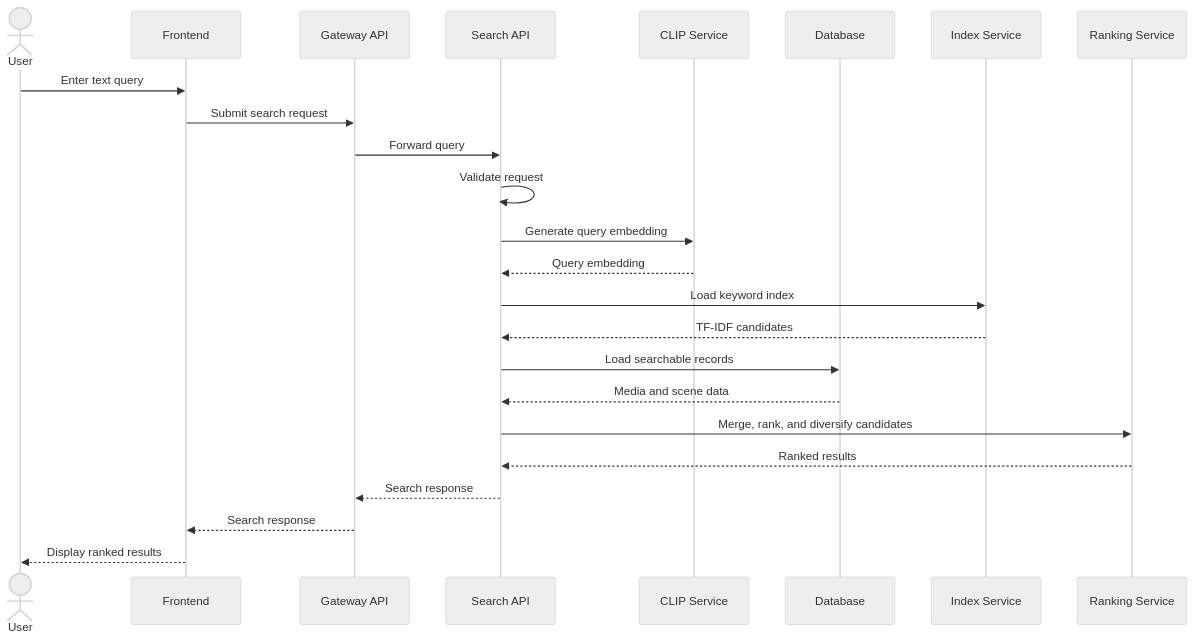
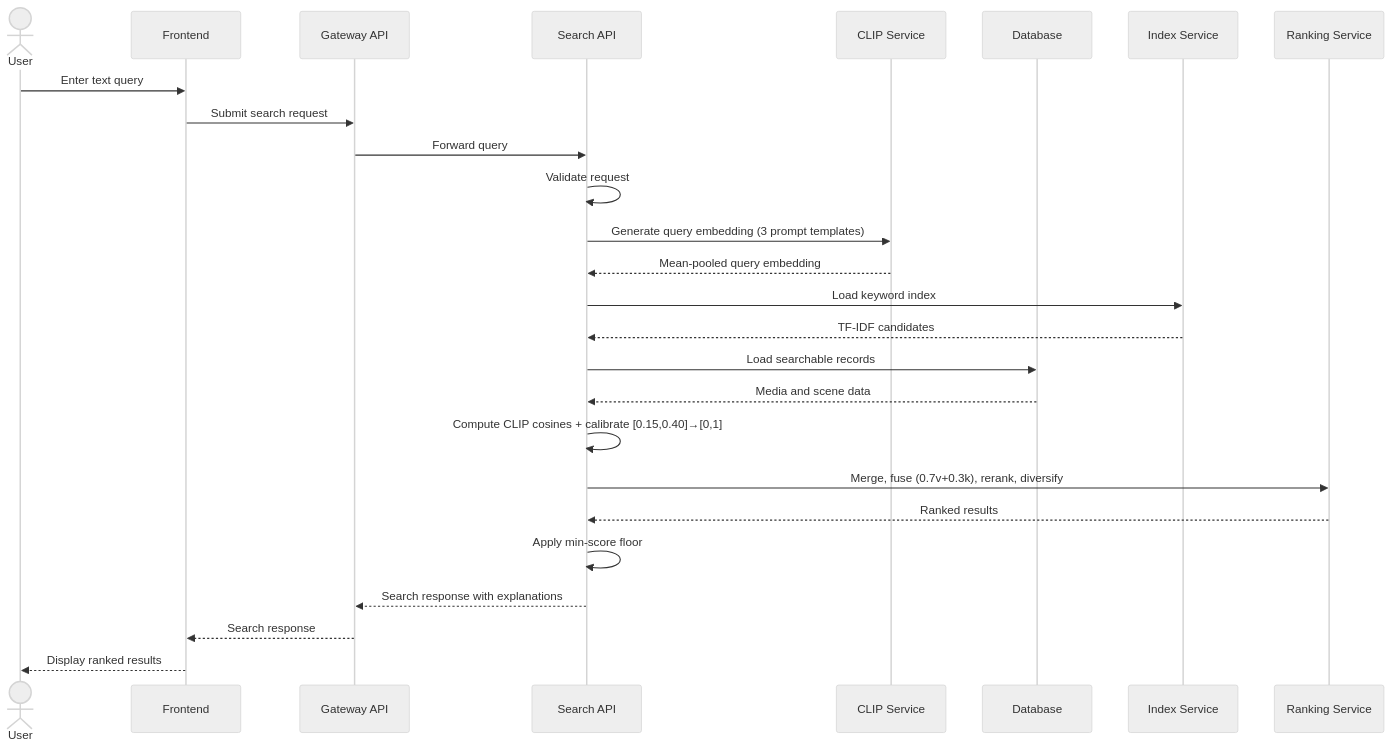
One commit to pho-veteran/semedia changed diagram 12 of 19 in docs/college-reports/semedia-final-project-report-draft.md. Above: the diagram before and after it, drawn with Mermaid (neutral theme). The commit also changed other lines of this file and 13 other files, not shown here.

````diff
--- a/docs/college-reports/semedia-final-project-report-draft.md
+++ b/docs/college-reports/semedia-final-project-report-draft.md
@@ -750,27 +809,29 @@
 ```mermaid
 sequenceDiagram
     actor User
     participant Frontend
     participant Gateway as Gateway API
     participant Search as Search API
     participant CLIP as CLIP Service
     participant DB as Database
     participant Index as Index Service
     participant Rank as Ranking Service
 
     User->>Frontend: Enter text query
     Frontend->>Gateway: Submit search request
     Gateway->>Search: Forward query
     Search->>Search: Validate request
-    Search->>CLIP: Generate query embedding
-    CLIP-->>Search: Query embedding
+    Search->>CLIP: Generate query embedding (3 prompt templates)
+    CLIP-->>Search: Mean-pooled query embedding
     Search->>Index: Load keyword index
     Index-->>Search: TF-IDF candidates
     Search->>DB: Load searchable records
     DB-->>Search: Media and scene data
-    Search->>Rank: Merge, rank, and diversify candidates
+    Search->>Search: Compute CLIP cosines + calibrate [0.15,0.40]→[0,1]
+    Search->>Rank: Merge, fuse (0.7v+0.3k), rerank, diversify
     Rank-->>Search: Ranked results
-    Search-->>Gateway: Search response
+    Search->>Search: Apply min-score floor
+    Search-->>Gateway: Search response with explanations
     Gateway-->>Frontend: Search response
     Frontend-->>User: Display ranked results
 ```
````
